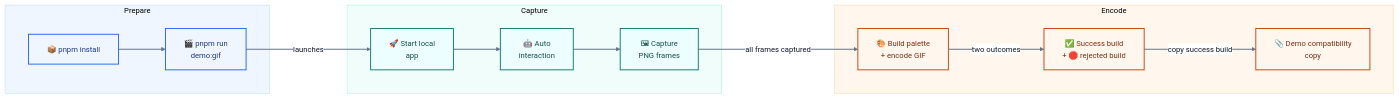
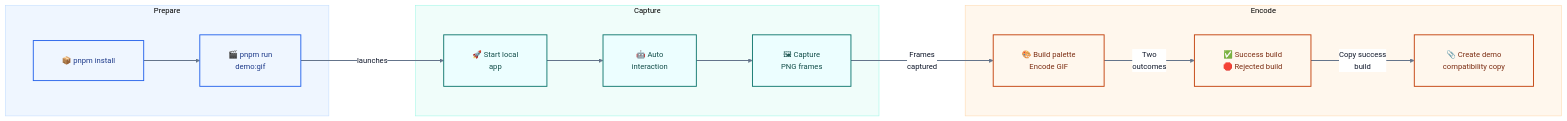
One commit to sunshineluyao/Moss-Mcp-Transaction changed the second of 8 diagrams in README.md. Above: the diagram before and after it, drawn with Mermaid. The commit also changed other lines of this file, not shown here.

Commit message:
Improve readability across all Mermaid diagrams

````diff
--- a/README.md
+++ b/README.md
@@ -194,33 +194,33 @@
 ```mermaid
-%%{init: {'theme':'base','flowchart': {'htmlLabels': true, 'nodeSpacing': 72, 'rankSpacing': 92, 'curve': 'basis', 'padding': 18},'themeVariables': {'fontFamily':'Inter, Segoe UI, sans-serif','fontSize':'15px','primaryTextColor':'#0f172a','lineColor':'#64748b','clusterBkg':'#f8fafc','clusterBorder':'#cbd5e1','edgeLabelBackground':'#ffffff','primaryBorderColor':'#2563eb','primaryColor':'#eff6ff'}}}%%
+%%{init: {'theme':'base','flowchart': {'htmlLabels': true, 'nodeSpacing': 96, 'rankSpacing': 110, 'curve': 'basis', 'padding': 28, 'diagramPadding': 24, 'wrappingWidth': 260},'themeVariables': {'fontFamily':'Inter, Segoe UI, sans-serif','fontSize':'15px','primaryTextColor':'#0f172a','lineColor':'#64748b','clusterBkg':'#f8fafc','clusterBorder':'#cbd5e1','edgeLabelBackground':'#ffffff','primaryBorderColor':'#2563eb','primaryColor':'#eff6ff'}}}%%
 flowchart LR
   subgraph P1[Prepare]
     A["📦 pnpm install"] --> B["🎬 pnpm run<br/>demo:gif"]
   end
 
   subgraph P2[Capture]
     C["🚀 Start local<br/>app"] --> D["🤖 Auto<br/>interaction"]
     D --> E["🖼 Capture<br/>PNG frames"]
   end
 
   subgraph P3[Encode]
-    F["🎨 Build palette<br/>+ encode GIF"]
-    G["✅ Success build<br/>+ 🛑 rejected build"]
-    H["📎 Demo compatibility<br/>copy"]
+    F["🎨 Build palette<br/>Encode GIF"]
+    G["✅ Success build<br/>🛑 Rejected build"]
+    H["📎 Create demo<br/>compatibility copy"]
   end
 
   B -->|launches| C
-  E -->|all frames captured| F -->|two outcomes| G -->|copy success build| H
+  E -->|Frames<br/>captured| F -->|Two<br/>outcomes| G -->|Copy success<br/>build| H
 
   classDef prep fill:#eff6ff,stroke:#2563eb,stroke-width:1.8px,color:#1e3a8a;
   classDef capture fill:#ecfeff,stroke:#0f766e,stroke-width:1.8px,color:#134e4a;
   classDef encode fill:#fff7ed,stroke:#c2410c,stroke-width:1.8px,color:#7c2d12;
 
   class A,B prep;
   class C,D,E capture;
   class F,G,H encode;
   style P1 fill:#eff6ff,stroke:#bfdbfe,stroke-width:1px
   style P2 fill:#f0fdfa,stroke:#99f6e4,stroke-width:1px
   style P3 fill:#fff7ed,stroke:#fed7aa,stroke-width:1px
   linkStyle default stroke:#64748b,stroke-width:2px;
 ```
````
